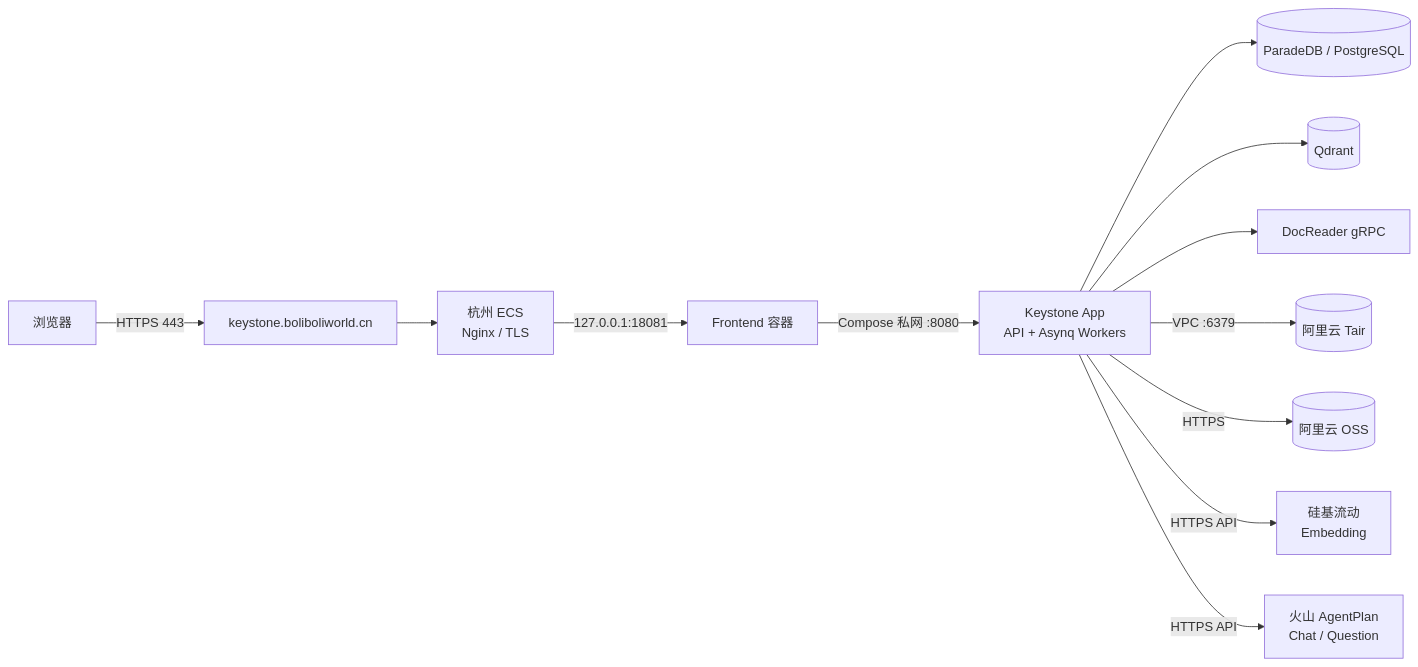
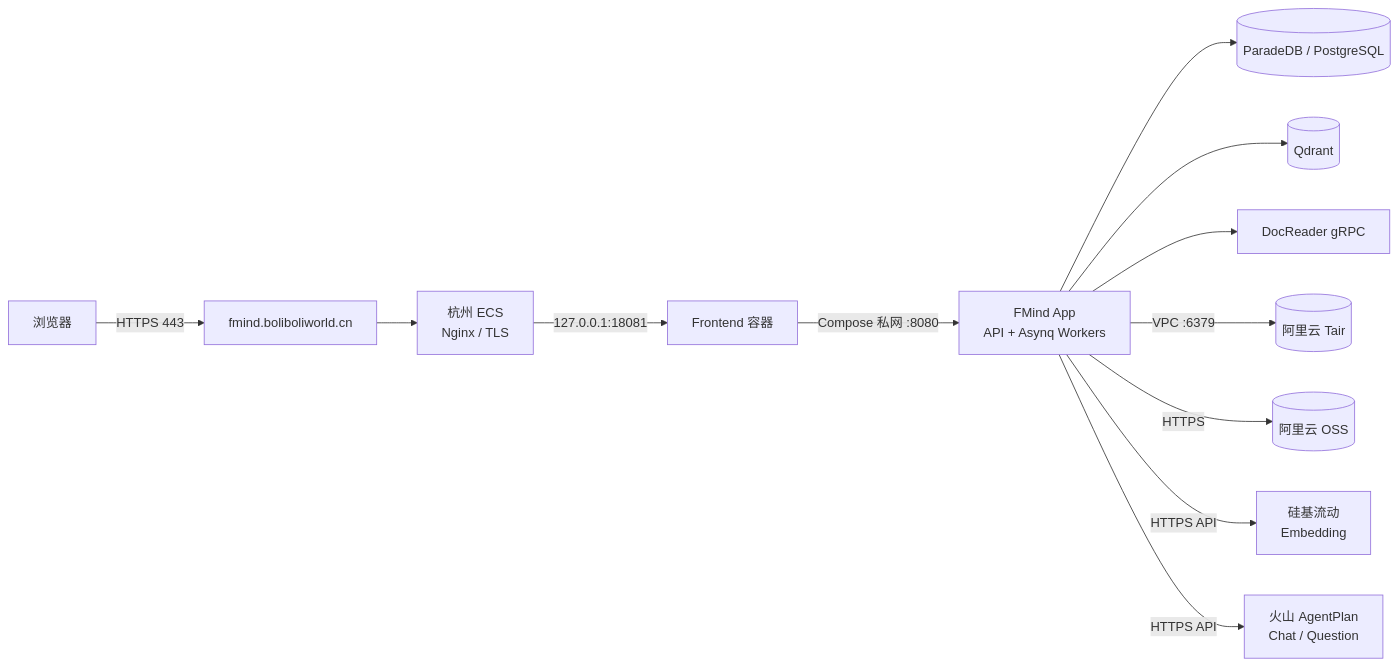
Before and after one commit to justaboyhai-wq/FTMind: the diagram in docs/DEPLOYMENT_RUNBOOK.md, drawn with Mermaid. The commit also changed other lines of this file and 1359 other files, not shown here.

First line of the commit message:
rebrand: rename Keystone to FMind across the project

````diff
--- a/docs/DEPLOYMENT_RUNBOOK.md
+++ b/docs/DEPLOYMENT_RUNBOOK.md
@@ -26,14 +26,14 @@
 ```mermaid
 flowchart LR
-    U[浏览器] -->|HTTPS 443| DNS[keystone.boliboliworld.cn]
+    U[浏览器] -->|HTTPS 443| DNS[fmind.boliboliworld.cn]
     DNS --> NG[杭州 ECS<br/>Nginx / TLS]
     NG -->|127.0.0.1:18081| FE[Frontend 容器]
-    FE -->|Compose 私网 :8080| APP[Keystone App<br/>API + Asynq Workers]
+    FE -->|Compose 私网 :8080| APP[FMind App<br/>API + Asynq Workers]
     APP --> PG[(ParadeDB / PostgreSQL)]
     APP --> Q[(Qdrant)]
     APP --> DR[DocReader gRPC]
     APP -->|VPC :6379| R[(阿里云 Tair)]
     APP -->|HTTPS| OSS[(阿里云 OSS)]
     APP -->|HTTPS API| SF[硅基流动<br/>Embedding]
     APP -->|HTTPS API| VOLC[火山 AgentPlan<br/>Chat / Question]
 ```
````
